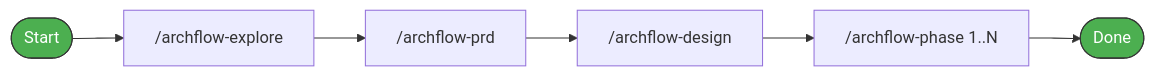
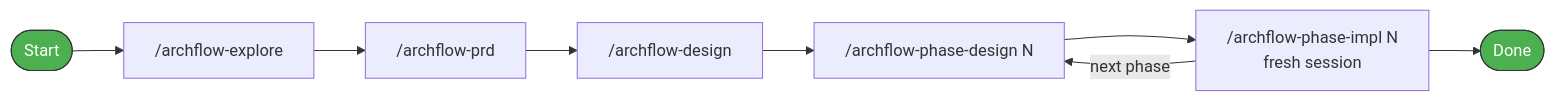
Before and after one commit to Aroton/ArchflowV2: the first of 13 diagrams in docs/archflow-process.md, drawn with Mermaid. The commit also changed other lines of this file and 9 other files, not shown here.

First line of the commit message:
Split phase into design/impl skills, add review loops and counter-review prompts

````diff
--- a/docs/archflow-process.md
+++ b/docs/archflow-process.md
@@ -5,11 +5,13 @@
 ```mermaid
 flowchart LR
     Start([Start]) --> Explore["/archflow-explore"]
     Explore --> PRD["/archflow-prd"]
     PRD --> Design["/archflow-design"]
-    Design --> Phase["/archflow-phase 1..N"]
-    Phase --> Done([Done])
+    Design --> PhaseDesign["/archflow-phase-design N"]
+    PhaseDesign --> PhaseImpl["/archflow-phase-impl N<br/>fresh session"]
+    PhaseImpl -->|next phase| PhaseDesign
+    PhaseImpl --> Done([Done])
 
     style Start fill:#4CAF50,stroke:#333,color:#fff
     style Done fill:#4CAF50,stroke:#333,color:#fff
 ```
````
